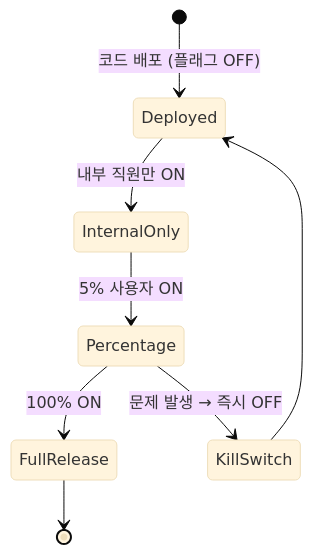
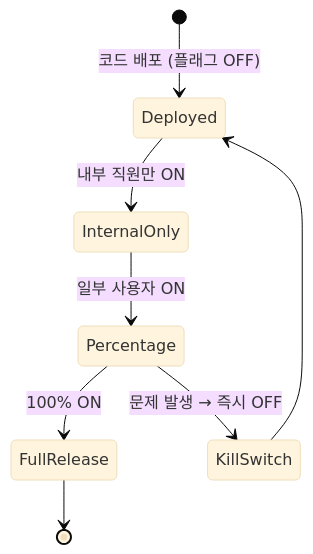
One commit to hyeongseoblim/systemdesign changed the fifth of 6 diagrams in apps/api/src/main/resources/content/infra-04-cicd-deploy-strategy.md. Above: the diagram before and after it, drawn with Mermaid (base theme). The commit also changed other lines of this file and 96 other files, not shown here.

````diff
--- a/apps/api/src/main/resources/content/infra-04-cicd-deploy-strategy.md
+++ b/apps/api/src/main/resources/content/infra-04-cicd-deploy-strategy.md
@@ -153,10 +153,10 @@
 ```mermaid
 stateDiagram-v2
     [*] --> Deployed : 코드 배포 (플래그 OFF)
     Deployed --> InternalOnly : 내부 직원만 ON
-    InternalOnly --> Percentage : 5% 사용자 ON
+    InternalOnly --> Percentage : 일부 사용자 ON
     Percentage --> FullRelease : 100% ON
     Percentage --> KillSwitch : 문제 발생 → 즉시 OFF
     KillSwitch --> Deployed
     FullRelease --> [*]
 ```
````
